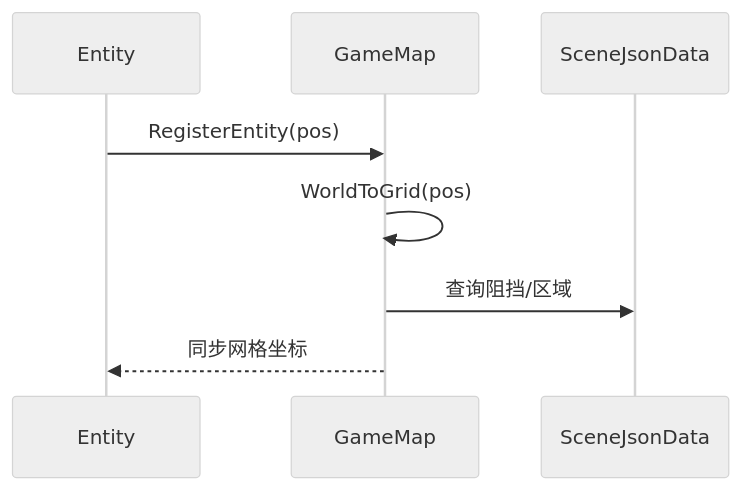
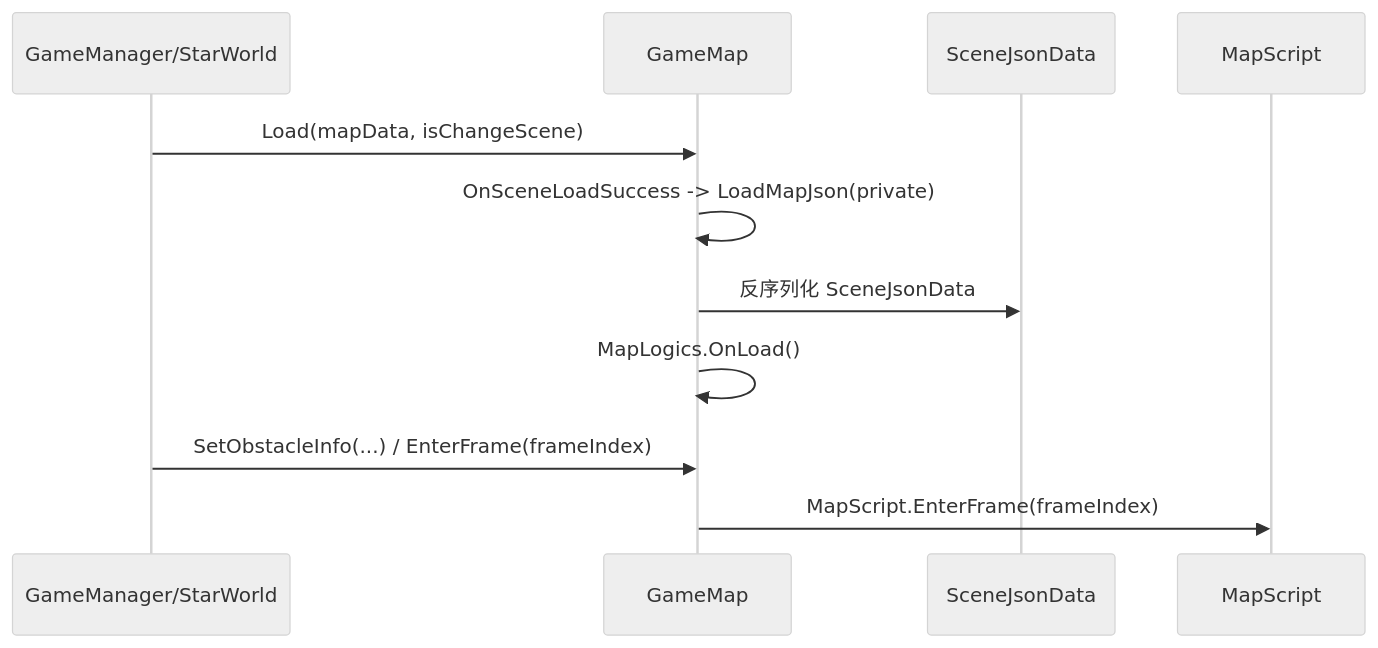
The second of 4 diagrams in diagrams/battle/L5_SUPPORT_SYS.md (BoyLei/Stars), drawn with Mermaid (neutral theme) before and after one commit. The commit also changed other lines of this file and 135 other files, not shown here.

Commit message:
Refactor Stars client module and startup flow

````diff
--- a/diagrams/battle/L5_SUPPORT_SYS.md
+++ b/diagrams/battle/L5_SUPPORT_SYS.md
@@ -64,10 +73,13 @@
 ```mermaid
 sequenceDiagram
-    participant Ent as Entity
+    participant Caller as GameManager/StarWorld
     participant GM as GameMap
     participant J as SceneJsonData
-    Ent->>GM: RegisterEntity(pos)
-    GM->>GM: WorldToGrid(pos)
-    GM->>J: 查询阻挡/区域
-    GM-->>Ent: 同步网格坐标
+    participant MS as MapScript
+    Caller->>GM: Load(mapData, isChangeScene)
+    GM->>GM: OnSceneLoadSuccess -> LoadMapJson(private)
+    GM->>J: 反序列化 SceneJsonData
+    GM->>GM: MapLogics.OnLoad()
+    Caller->>GM: SetObstacleInfo(...) / EnterFrame(frameIndex)
+    GM->>MS: MapScript.EnterFrame(frameIndex)
 ```
````
